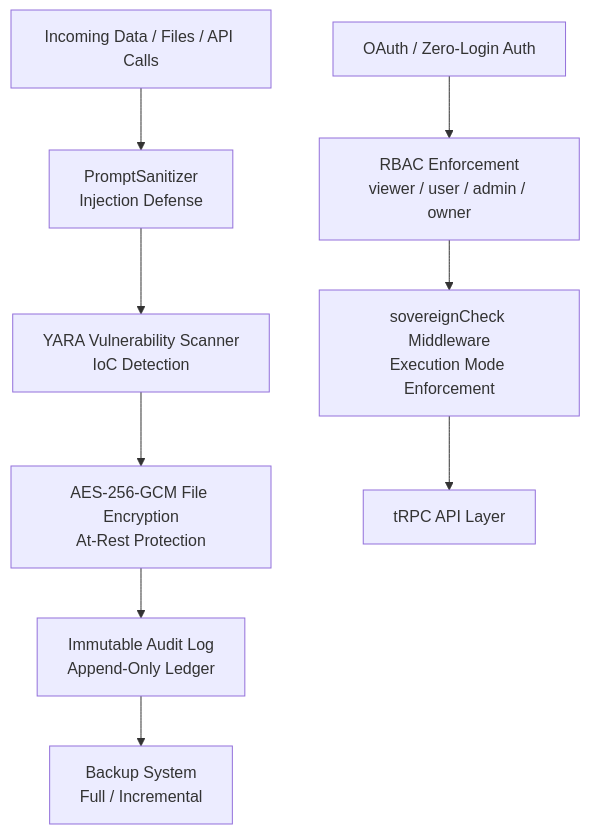
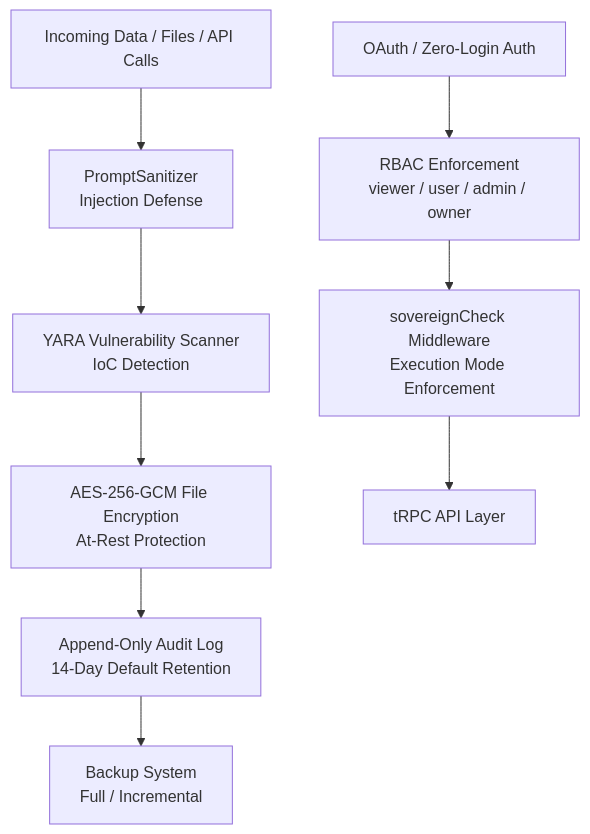
Before and after one commit to Clarkescustomcreations/OmnecorV1-Beta: the first of 2 diagrams in docs/user-guides/SECURITY_FEATURES.md, drawn with Mermaid. The commit also changed other lines of this file and 15 other files, not shown here.

First line of the commit message:
Audit log retention (2-week default) + documentation sweep

````diff
--- a/docs/user-guides/SECURITY_FEATURES.md
+++ b/docs/user-guides/SECURITY_FEATURES.md
@@ -9,12 +9,12 @@
 ```mermaid
 graph TD
     Input[Incoming Data / Files / API Calls] --> PS[PromptSanitizer\nInjection Defense]
     PS --> VS[YARA Vulnerability Scanner\nIoC Detection]
     VS --> AES[AES-256-GCM File Encryption\nAt-Rest Protection]
-    AES --> AL[Immutable Audit Log\nAppend-Only Ledger]
+    AES --> AL[Append-Only Audit Log\n14-Day Default Retention]
     AL --> BK[Backup System\nFull / Incremental]
     
     Auth[OAuth / Zero-Login Auth] --> RBAC[RBAC Enforcement\nviewer / user / admin / owner]
     RBAC --> SC[sovereignCheck Middleware\nExecution Mode Enforcement]
     SC --> API[tRPC API Layer]
 ```
````
